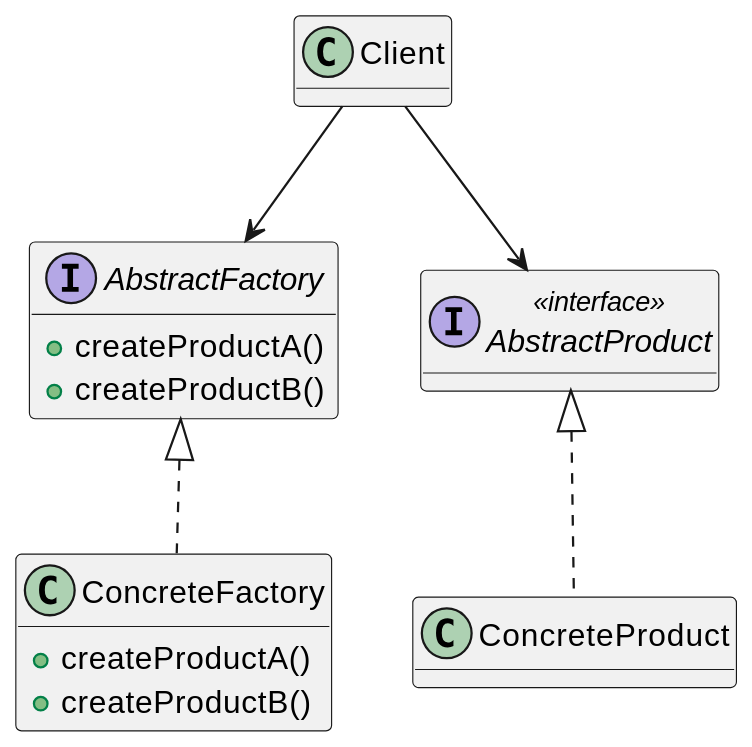
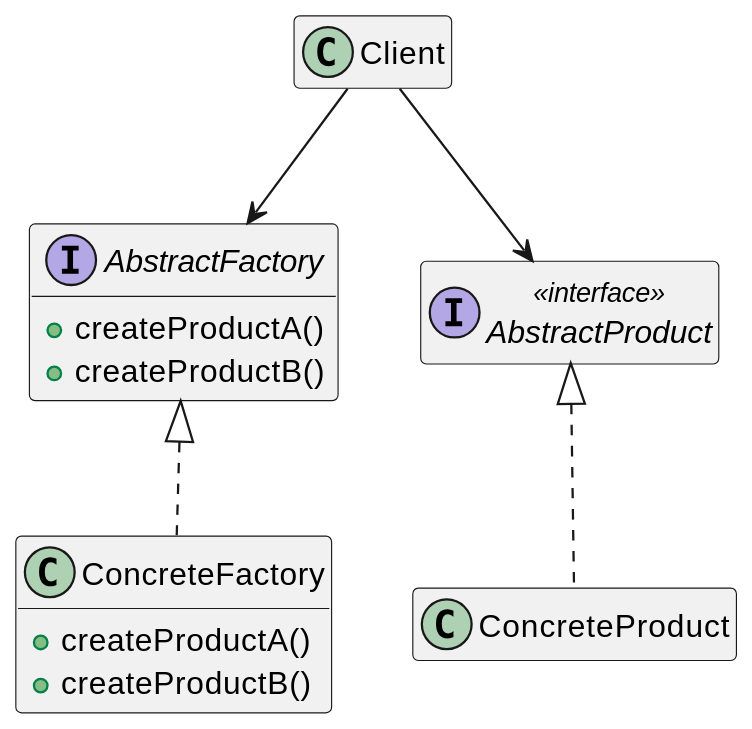
The diagram in src/08_patterns/15_abstract-factory.md (MarcoBuster/sweng), drawn with PlantUML before and after one commit.

Commit message:
Fix diagram in 15_abstract-factory.md

````diff
--- a/src/08_patterns/15_abstract-factory.md
+++ b/src/08_patterns/15_abstract-factory.md
@@ -11,23 +11,24 @@
 ```plantuml
 @startuml
 scale 500 width
 
 class Client {
 }
 interface AbstractFactory {
     + createProductA()
     + createProductB()
 }
 interface AbstractProduct <<interface>> {
 }
 Client --> AbstractFactory
 Client --> AbstractProduct
 class ConcreteFactory implements AbstractFactory {
     + createProductA()
     + createProductB()
 }
 class ConcreteProduct implements AbstractProduct {
 }
 hide empty fields
+hide empty methods
 @enduml
 ```
````
